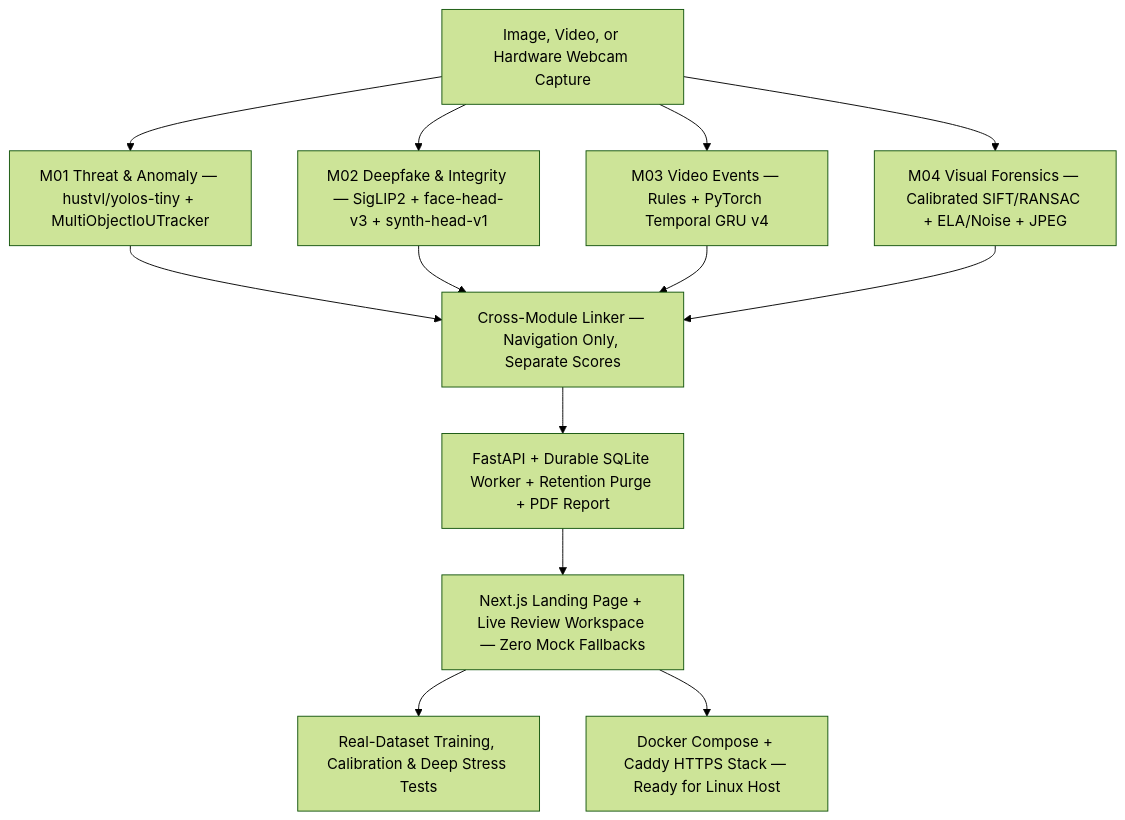
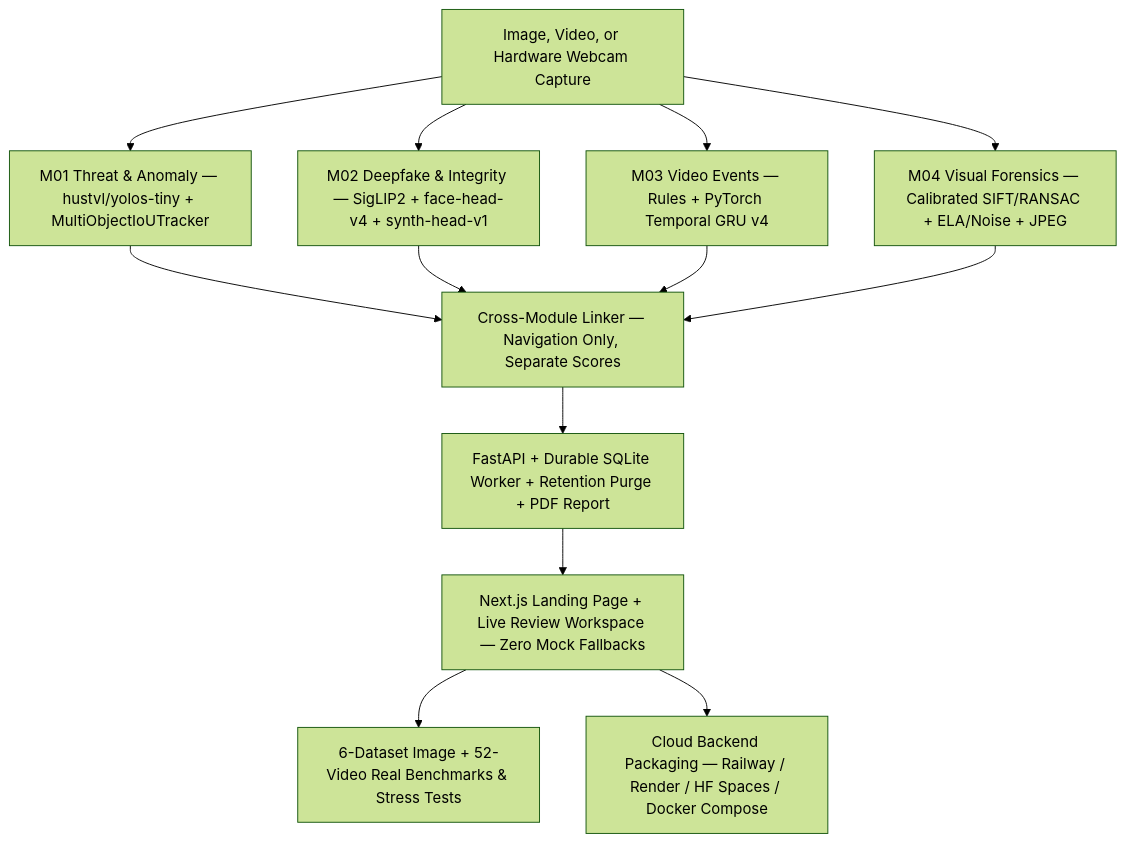
One commit to Raghav-prog-max/Deep-Shield changed the diagram in PROJECT_STATUS.md. Above: the diagram before and after it, drawn with Mermaid (forest theme). The commit also changed other lines of this file and 25 other files, not shown here.

Commit message:
Train 6-dataset v4 face head on real deepfake videos, benchmark 52 real MP4s (Celeb-DF/FF++/UCF-Crime), add cloud backend packaging & CI

````diff
--- a/PROJECT_STATUS.md
+++ b/PROJECT_STATUS.md
@@ -13,15 +13,15 @@
 ```mermaid
 flowchart TD
     A[Image, Video, or Hardware Webcam Capture] --> B[M01 Threat & Anomaly — hustvl/yolos-tiny + MultiObjectIoUTracker]
-    A --> C[M02 Deepfake & Integrity — SigLIP2 + face-head-v3 + synth-head-v1]
+    A --> C[M02 Deepfake & Integrity — SigLIP2 + face-head-v4 + synth-head-v1]
     A --> D[M03 Video Events — Rules + PyTorch Temporal GRU v4]
     A --> E[M04 Visual Forensics — Calibrated SIFT/RANSAC + ELA/Noise + JPEG]
     B --> F[Cross-Module Linker — Navigation Only, Separate Scores]
     C --> F
     D --> F
     E --> F
     F --> G[FastAPI + Durable SQLite Worker + Retention Purge + PDF Report]
     G --> H[Next.js Landing Page + Live Review Workspace — Zero Mock Fallbacks]
-    H --> I[Real-Dataset Training, Calibration & Deep Stress Tests]
-    H --> J[Docker Compose + Caddy HTTPS Stack — Ready for Linux Host]
+    H --> I[6-Dataset Image + 52-Video Real Benchmarks & Stress Tests]
+    H --> J[Cloud Backend Packaging — Railway / Render / HF Spaces / Docker Compose]
 ```
````
